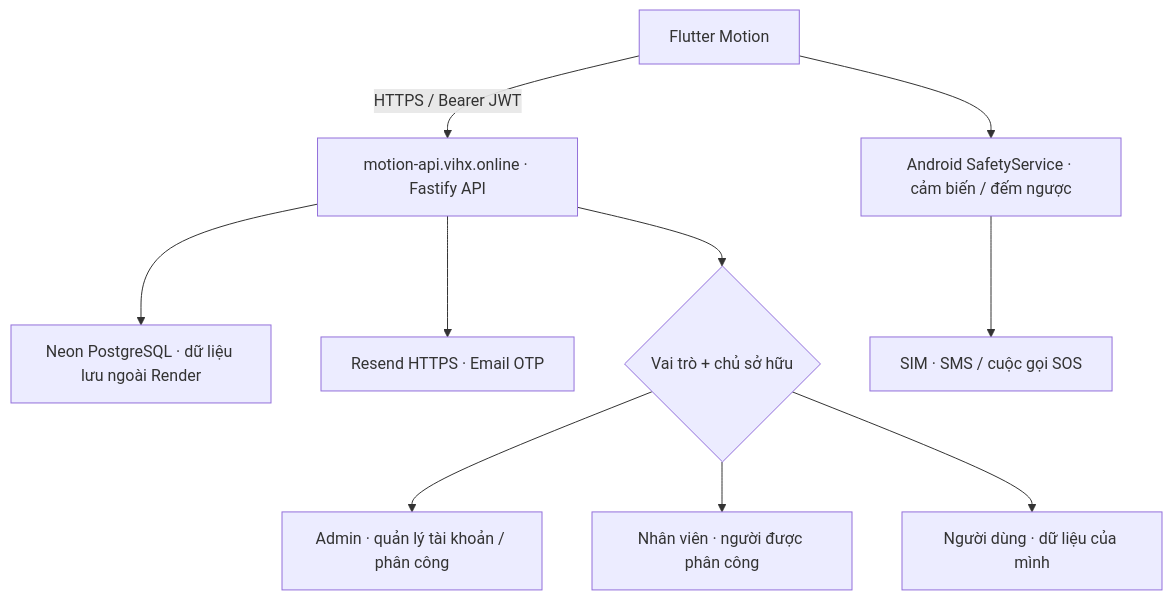
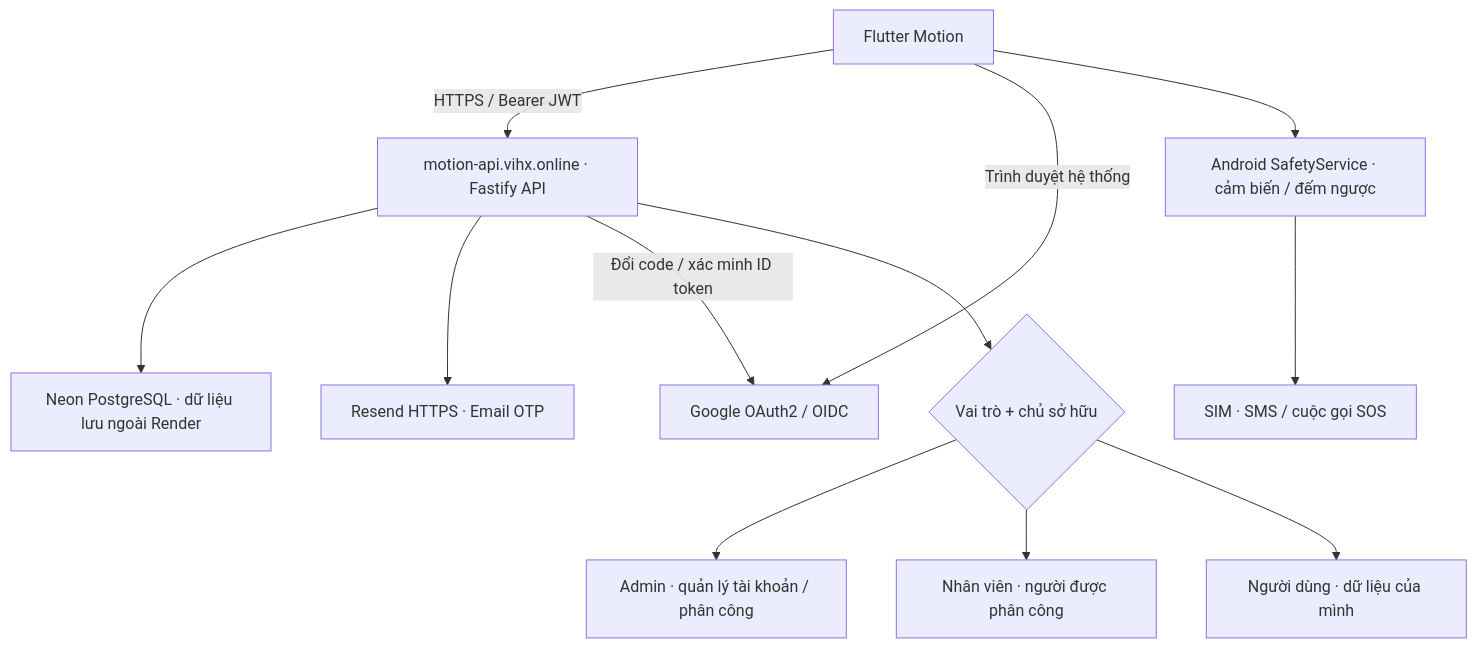
One commit to Vinh-205/Motion changed the first of 4 diagrams in README.md. Above: the diagram before and after it, drawn with Mermaid. The commit also changed other lines of this file and 24 other files, not shown here.

Commit message:
Add Google OAuth2 OIDC sign-in and explicit account linking with PKCE

````diff
--- a/README.md
+++ b/README.md
@@ -50,12 +50,14 @@
 ```mermaid
 flowchart TD
     Flutter["Flutter Motion"] -->|"HTTPS / Bearer JWT"| API["motion-api.vihx.online · Fastify API"]
     API --> DB["Neon PostgreSQL · dữ liệu lưu ngoài Render"]
     API --> Mail["Resend HTTPS · Email OTP"]
+    Flutter -->|"Trình duyệt hệ thống"| Google["Google OAuth2 / OIDC"]
+    API -->|"Đổi code / xác minh ID token"| Google
     API --> RBAC{"Vai trò + chủ sở hữu"}
     RBAC --> Admin["Admin · quản lý tài khoản / phân công"]
     RBAC --> Staff["Nhân viên · người được phân công"]
     RBAC --> Member["Người dùng · dữ liệu của mình"]
     Flutter --> Native["Android SafetyService · cảm biến / đếm ngược"]
     Native --> SIM["SIM · SMS / cuộc gọi SOS"]
 ```
````
